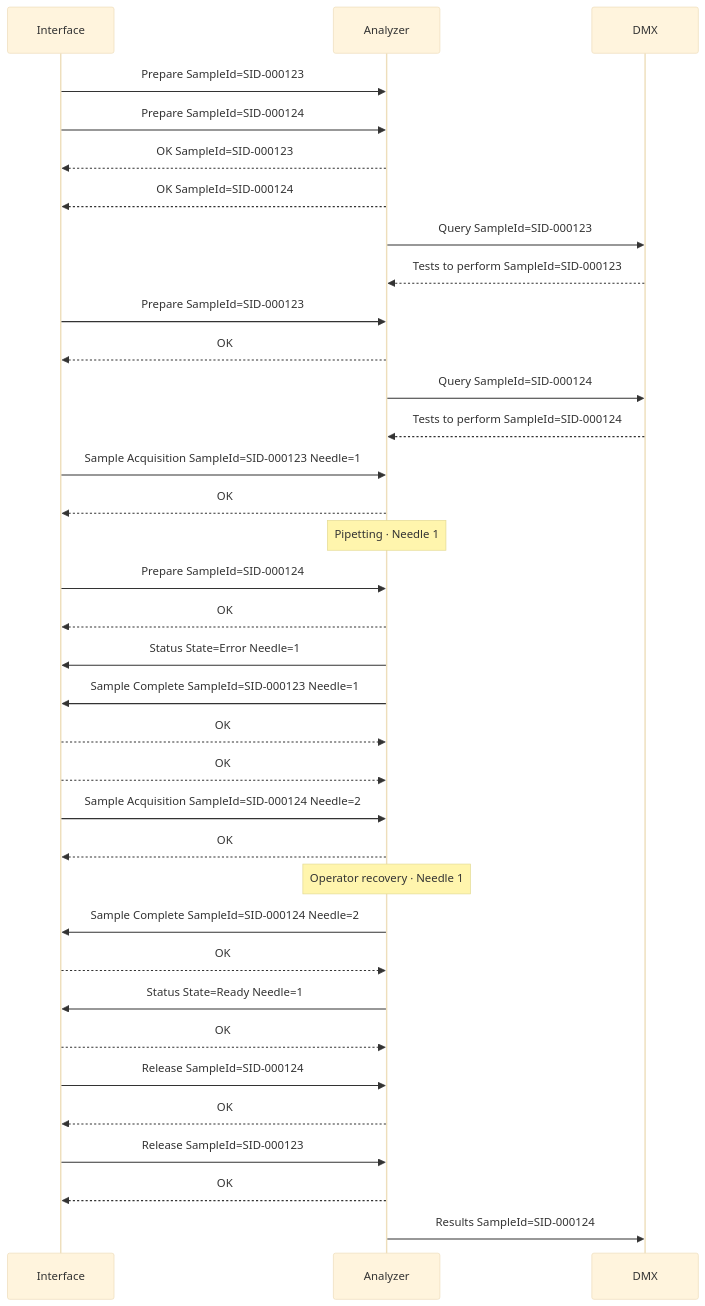
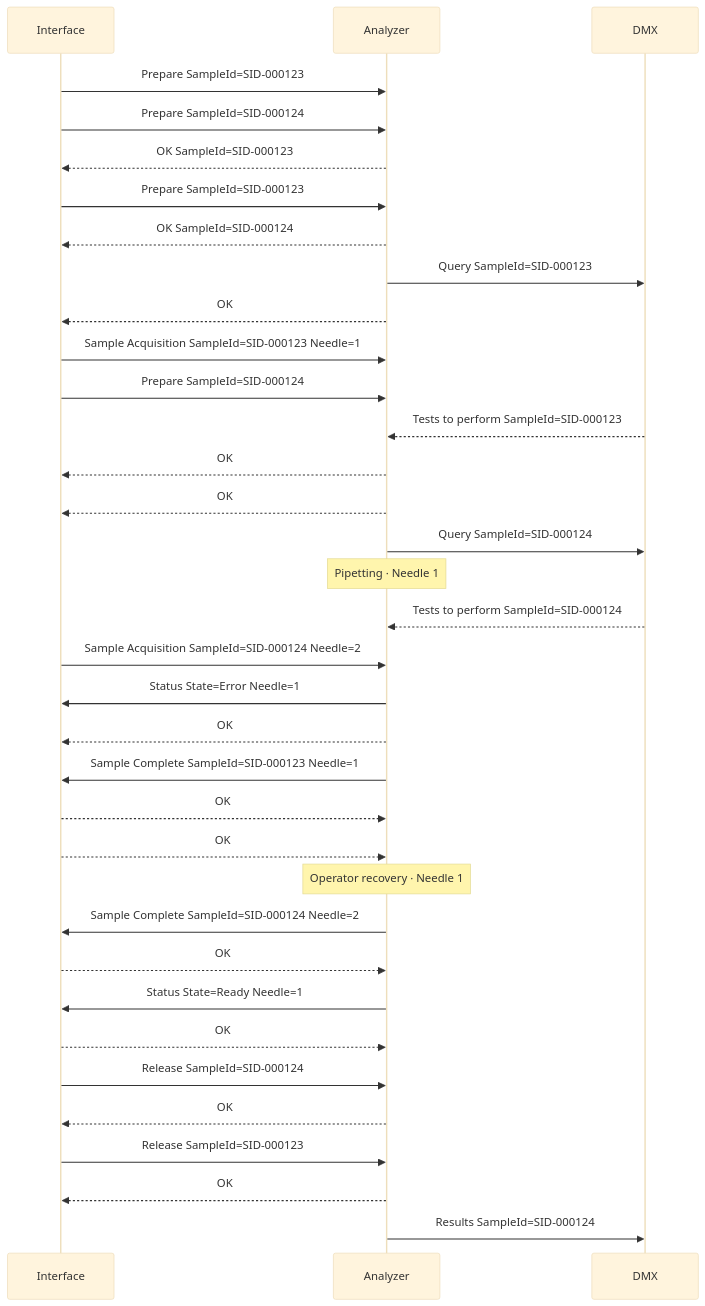
The diagram in scenes/15_spur2_analyzer_error_recovery.mmd (specialk74/trackviz), drawn with Mermaid (base theme) before and after one commit. The commit also changed 31 other files, not shown here.

```diff
--- a/scenes/15_spur2_analyzer_error_recovery.mmd
+++ b/scenes/15_spur2_analyzer_error_recovery.mmd
@@ -11,199 +11,141 @@
     participant AN as Analyzer
     participant DMX as DMX
 
-    %% carrier C1 SID-000123 route=main_in,nsd,pit_in,w1c,w1b,spur_in,w1,d1,q2,pc1,q1,s1,pt1u,rj1,w2,d2,rj2,top_r,top_l,back,po,merge,iface_out,main_out,gone speed=120
-    %% carrier C2 SID-000124 route=spawn,main_in,nsd,pit_in,w1c,w1b,spur_in,w1,d1,w2,d2,qb2,pc2,qb1,s2,pt2u,rj2,top_r,top_l,back,po,merge,iface_out,main_out,gone speed=120 color=#0EA5E9
+    %% carrier C1 SID-000123 route=main_in,nsd,pit_in,w1c,w1b,spur_in,w1,d1,q2,pc1,q1,s1,pt1u,rj1,w2,d2,rj2,top_r,top_l,back,po,merge,iface_out,main_out,gone
+    %% carrier C2 SID-000124 route=spawn,main_in,nsd,pit_in,w1c,w1b,spur_in,w1,d1,w2,d2,qb2,pc2,qb1,s2,pt2u,rj2,top_r,top_l,back,po,merge,iface_out,main_out,gone color=#0EA5E9
 
-    %% at 0
     %% caption 1 · One analyzer, two sampling points | Two carriers travel towards the spur: the first one needs needle 1, the second one needle 2.
-    %% at 1
-    %% move C1 to nsd ease=in
-    %% at 1.6
-    %% move C2 to nsd ease=linear
-    %% when C1 at nsd
+    %% at 2.5
+    %% move C1 to nsd
+    %% at 2.89
+    %% move C2 to nsd
+    %% on antenna1 C1
     %% caption 2 · Diverted — Prepare | Each carrier is diverted into the spur without stopping, and the interface sends Prepare to the analyzer.
-    %% when C1 at nsd
+    %% on antenna1 C1
     %% highlight nsd duration=1.6
-    %% when C1 at nsd
+    %% on antenna1
     IF->>AN: Prepare SampleId=SID-000123
-    %% when C1 at nsd
-    %% move C1 to d1 ease=out
-    %% when C2 at nsd
-    %% move C2 to w1 ease=out
-    %% when C2 at nsd
+    %% on antenna1
+    %% move C1 to d1
+    %% on antenna1
+    %% move C2 to d1
+    %% on antenna1 C2
     %% highlight nsd duration=1.6
-    %% when C2 at nsd
+    %% on antenna1
     IF->>AN: Prepare SampleId=SID-000124
-    %% when prepare C1 sent
-    %% delay 1.7
+    %% after 0.2 Prepare C1
     AN-->>IF: OK SampleId=SID-000123
-    %% when prepare C2 sent
-    %% delay 1.7
-    AN-->>IF: OK SampleId=SID-000124
-    %% when sample_ok C1 arrived
-    %% delay 0.2
-    AN->>DMX: Query SampleId=SID-000123
-    %% when query C1 sent
-    %% delay 1.7
-    DMX-->>AN: Tests to perform SampleId=SID-000123
-    %% when C1 at d1
+    %% on antenna2 C1
     %% highlight div1 duration=0.6
-    %% when C1 at d1
-    %% delay 0.1
+    %% after 0.1 antenna2 C1
     %% color #9333EA
     IF->>AN: Prepare SampleId=SID-000123
-    %% when prepare_again C1 arrived
-    %% delay 0.1
+    %% after 0.2 Prepare C2
+    AN-->>IF: OK SampleId=SID-000124
+    %% after 0.6 antenna2 C1
+    %% move C1 to s1
+    %% on antenna2 C2
+    %% highlight div1 duration=0.6
+    %% after 0.2 OK C1
+    AN->>DMX: Query SampleId=SID-000123
+    %% after 0.401 antenna2 C2
+    %% move C2 to d2
+    %% after 0.1 Prepare C1
     %% for C1
     AN-->>IF: OK
-    %% when C1 at d1
-    %% delay 0.6
-    %% move C1 to s1 ease=inout
-    %% when tests C1 arrived
-    %% delay 0.1
-    AN->>DMX: Query SampleId=SID-000124
-    %% when C2 at w1
-    %% delay 1.575
-    %% move C2 to d1 ease=inout
-    %% when query C2 sent
-    %% delay 1.7
-    DMX-->>AN: Tests to perform SampleId=SID-000124
-    %% when C2 at d1
-    %% highlight div1 duration=0.6
-    %% when C2 at d1
-    %% delay 0.401
-    %% move C2 to d2 ease=inout
-    %% when tests C2 arrived
-    %% delay 0.06
+    %% after 0.2 antenna3 C1
+    IF->>AN: Sample Acquisition SampleId=SID-000123 Needle=1
+    %% after 0.2 antenna3 C1
     %% caption 3 · Sample Acquisition | The first carrier is at sampling point 1: Sample Acquisition with Needle=1, and the needle starts aspirating.
-    %% when C1 at s1
-    %% delay 0.2
-    IF->>AN: Sample Acquisition SampleId=SID-000123 Needle=1
-    %% when sample_acquisition_needle C1 arrived
-    %% delay 0.1
+    %% on antenna4 C2
+    %% highlight div2 duration=0.6
+    %% after 0.1 antenna4 C2
+    %% color #9333EA
+    IF->>AN: Prepare SampleId=SID-000124
+    %% after 0.2 Query C1
+    DMX-->>AN: Tests to perform SampleId=SID-000123
+    %% after 0.1 Sample Acquisition C1
     %% for C1
     AN-->>IF: OK
-    %% when analyzer_ok C1 arrived
-    %% delay 0.1
+    %% after 0.1 Prepare C2
+    %% for C2
+    AN-->>IF: OK
+    %% after 0.1 Tests to perform C1
+    AN->>DMX: Query SampleId=SID-000124
+    %% after 0.1 OK C1
     %% needle sp1 down
-    %% when analyzer_ok C1 arrived
-    %% delay 0.1
+    %% after 0.1 OK C1
     %% duration 2.6
     Note over AN: Pipetting · Needle 1
-    %% when C2 at d2
-    %% highlight div2 duration=0.6
-    %% when C2 at d2
-    %% delay 0.1
-    %% color #9333EA
-    IF->>AN: Prepare SampleId=SID-000124
-    %% when prepare_again C2 arrived
-    %% delay 0.1
+    %% after 0.1 OK C2
+    %% move C2 to s2
+    %% after 0.2 Query C2
+    DMX-->>AN: Tests to perform SampleId=SID-000124
+    %% after 0.57 antenna5 C2
+    IF->>AN: Sample Acquisition SampleId=SID-000124 Needle=2
+    %% after 1.7 needle sp1
+    %% caption 4 · Error on needle 1 | Needle 1 goes into error, left down in the tube: the analyzer sends its status (Error, Needle=1) and Sample Complete, and the interface replies OK to the status. The carrier stays still.
+    %% after 1.7 needle sp1
+    %% status sp1 error
+    %% after 1.7 needle sp1
+    AN->>IF: Status State=Error Needle=1
+    %% after 0.1 Sample Acquisition C2
     %% for C2
     AN-->>IF: OK
-    %% when needle sp1 done
-    %% delay 0.253
-    %% move C2 to s2 ease=inout
-    %% when prepare_again C2 arrived
-    %% delay 0.447
-    %% caption 4 · Error on needle 1 | Needle 1 goes into error, left down in the tube: the analyzer sends its status (Error, Needle=1) and Sample Complete, and the interface replies OK to the status. The carrier stays still.
-    %% when prepare_again C2 arrived
-    %% delay 0.447
-    %% status sp1 error
-    %% when prepare_again C2 arrived
-    %% delay 0.447
-    AN->>IF: Status State=Error Needle=1
-    %% when status_error_needle sent
-    %% delay 0.5
+    %% after 0 Status
     AN->>IF: Sample Complete SampleId=SID-000123 Needle=1
-    %% when sample_complete_needle C1 arrived
-    %% delay 0.1
+    %% after 0.3 Status
+    IF-->>AN: OK
+    %% after 0.1 OK C2
+    %% pipette sp2 duration=4
+    %% after 0.1 Sample Complete C1
     %% for C1
     IF-->>AN: OK
-    %% when status_error_needle sent
-    %% delay 1.8
+    %% after 2.1 Status
+    %% caption 5 · Operator recovery — needle 2 goes on | An operator comes to the instrument for a recovery of needle 1, which goes back up. Meanwhile needle 2 keeps working normally on its own carrier.
+    %% after 2.1 Status
+    %% operator an duration=7
+    %% after 2.1 Status
+    %% duration 6
+    Note over AN: Operator recovery · Needle 1
+    %% after 4.6 Status
+    %% needle sp1 up duration=1.2
+    %% after 0.2 pipette sp2
+    AN->>IF: Sample Complete SampleId=SID-000124 Needle=2
+    %% after 0.1
+    %% for C2
     IF-->>AN: OK
-    %% when C2 at s2
-    %% delay 0.57
-    IF->>AN: Sample Acquisition SampleId=SID-000124 Needle=2
-    %% when sample_acquisition_needle C2 arrived
-    %% delay 0.1
+    %% after 0.8 Sample Complete C2
+    %% caption 6 · Needle 1 ready | Needle 1 is green again: the analyzer sends its status (Ready, Needle=1), the interface replies OK, and only now releases the carrier. Sample Complete alone was not enough.
+    %% after 0.8 Sample Complete C2
+    %% status sp1 ready
+    %% after 0.8 Sample Complete C2
+    AN->>IF: Status State=Ready Needle=1
+    %% after 0 OK C2
+    %% move C2 to gone
+    %% after 0.2 Status
+    IF-->>AN: OK
+    %% after 1.5 Status
+    %% status sp1 normal
+    %% after 1.8 Status
+    %% move C1 to d2
+    %% on antenna4 C1
+    %% highlight div2 duration=0.6
+    %% after 0.401 antenna4 C1
+    %% move C1 to gone
+    %% on antenna6 C2
+    %% caption 7 · Release | Each carrier gets its Release when it has left the interface module.
+    %% on antenna6
+    IF->>AN: Release SampleId=SID-000124
+    %% after 0.1
     %% for C2
     AN-->>IF: OK
-    %% when analyzer_ok C2 arrived
-    %% delay 0.1
-    %% pipette sp2 duration=4
-    %% when sample_acquisition_needle C2 arrived
-    %% delay 0.301
-    %% caption 5 · Operator recovery — needle 2 goes on | An operator comes to the instrument for a recovery of needle 1, which goes back up. Meanwhile needle 2 keeps working normally on its own carrier.
-    %% when sample_acquisition_needle C2 arrived
-    %% delay 0.301
-    %% operator an duration=7
-    %% when analyzer_ok C2 arrived
-    %% delay 0.1
-    %% duration 6
-    Note over AN: Operator recovery · Needle 1
-    %% when analyzer_ok C2 arrived
-    %% delay 0.1
-    %% needle sp1 up duration=1.2
-    %% when pipette sp2 done
-    %% delay 0.2
-    AN->>IF: Sample Complete SampleId=SID-000124 Needle=2
-    %% when sample_complete_needle C2 arrived
-    %% delay 0.1
-    %% for C2
-    IF-->>AN: OK
-    %% when interface_ok C2 sent
-    %% move C2 to pt2u ease=in
-    %% when sample_complete_needle C2 arrived
-    %% delay 0.8
-    %% caption 6 · Needle 1 ready | Needle 1 is green again: the analyzer sends its status (Ready, Needle=1), the interface replies OK, and only now releases the carrier. Sample Complete alone was not enough.
-    %% when sample_complete_needle C2 arrived
-    %% delay 0.8
-    %% status sp1 ready
-    %% when sample_complete_needle C2 arrived
-    %% delay 0.8
-    AN->>IF: Status State=Ready Needle=1
-    %% when C2 at pt2u
-    %% move C2 to merge ease=linear
-    %% when status_ready_needle sent
-    %% delay 1.7
-    IF-->>AN: OK
-    %% when status_ready_needle sent
-    %% delay 3
-    %% status sp1 normal
-    %% when status_ready_needle arrived
-    %% delay 1.8
-    %% move C1 to d2 ease=inout
-    %% when C1 at d2
-    %% highlight div2 duration=0.6
-    %% when C1 at d2
-    %% delay 0.401
-    %% move C1 to rj2 ease=in
-    %% when C2 at merge
-    %% delay 0.001
-    %% move C2 to gone ease=out
-    %% when C2 at iface_out
-    %% caption 7 · Release | Each carrier gets its Release when it has left the interface module.
-    %% when C2 at iface_out
-    IF->>AN: Release SampleId=SID-000124
-    %% when release C2 arrived
-    %% delay 0.1
-    %% for C2
-    AN-->>IF: OK
-    %% when C1 at rj2
-    %% delay 0.001
-    %% move C1 to merge ease=linear
-    %% when C1 at merge
-    %% move C1 to gone ease=out
-    %% when C1 at iface_out
+    %% on antenna6
     IF->>AN: Release SampleId=SID-000123
-    %% when release C1 arrived
-    %% delay 0.1
+    %% after 0.1
     %% for C1
     AN-->>IF: OK
-    %% when analyzer_ok C1 arrived
-    %% delay 0.5
+    %% after 0.5
     %% caption 8 · Results | Later, when the analysis is complete, the analyzer sends the results to DMX.
-    %% when analyzer_ok C1 arrived
-    %% delay 0.5
+    %% after 0.5 OK C1
     AN->>DMX: Results SampleId=SID-000124
```
